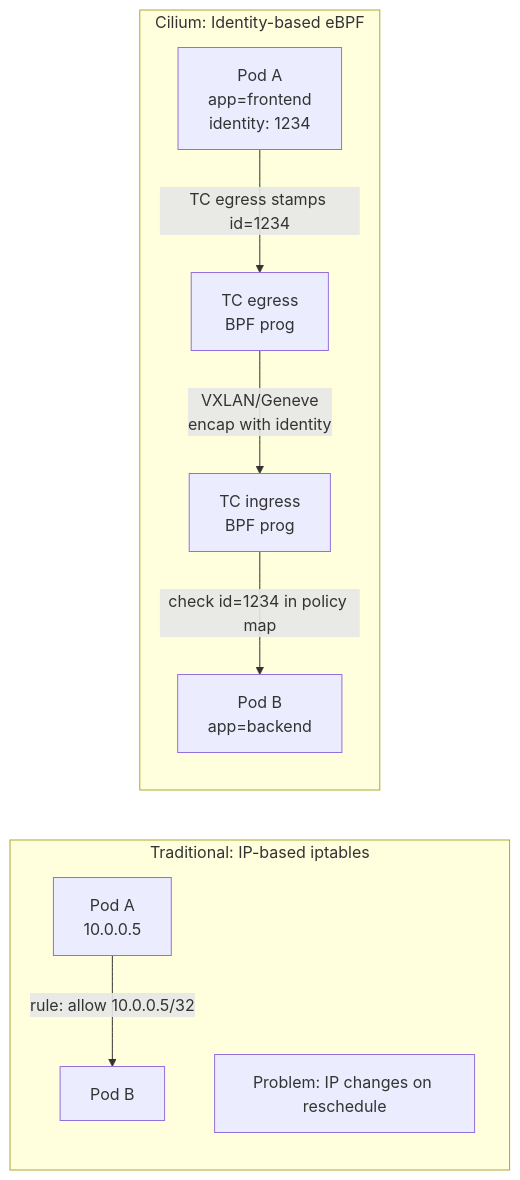
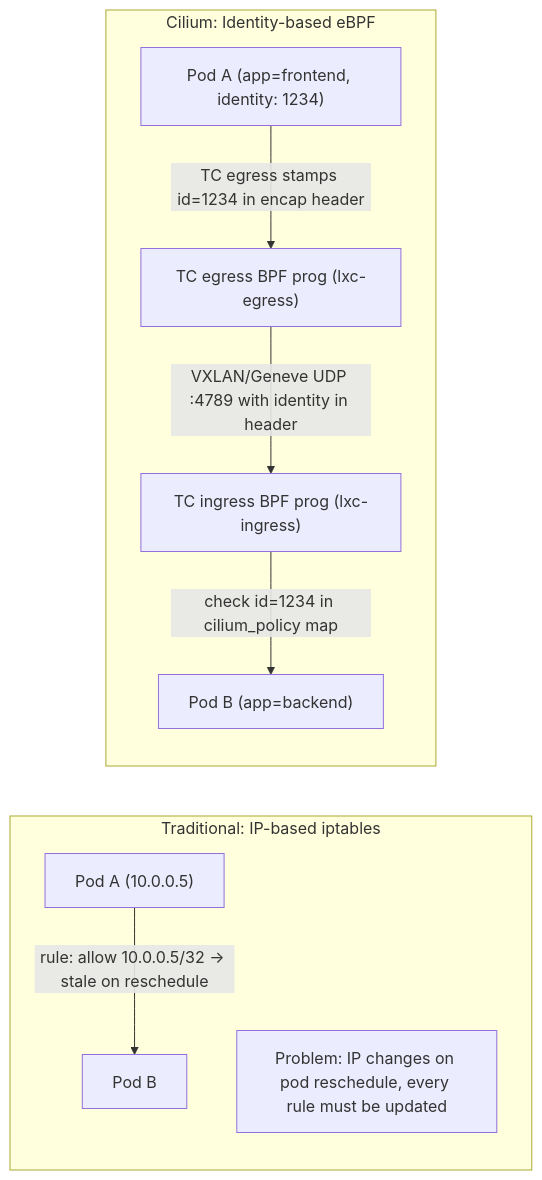
One commit to MykolaLebid/Kubernetes_networking_engineering changed the second of 4 diagrams in lessons/12-cilium-cni-ebpf.md. Above: the diagram before and after it, drawn with Mermaid. The commit also changed other lines of this file and 35 other files, not shown here.

First line of the commit message:
Restructure all 34 lessons: Theory/Practice split, richer diagrams, industry examples, navigation

````diff
--- a/lessons/12-cilium-cni-ebpf.md
+++ b/lessons/12-cilium-cni-ebpf.md
@@ -58,12 +50,12 @@
 ```mermaid
 flowchart LR
     subgraph Traditional["Traditional: IP-based iptables"]
-        PA1[Pod A\n10.0.0.5] -->|rule: allow 10.0.0.5/32| PB1[Pod B]
-        note1["Problem: IP changes on reschedule"]
+        PA1["Pod A (10.0.0.5)"] -->|"rule: allow 10.0.0.5/32 → stale on reschedule"| PB1["Pod B"]
+        note1["Problem: IP changes on pod reschedule, every rule must be updated"]
     end
     subgraph Cilium["Cilium: Identity-based eBPF"]
-        PA2[Pod A\napp=frontend\nidentity: 1234] -->|TC egress stamps id=1234| TC1[TC egress\nBPF prog]
-        TC1 -->|VXLAN/Geneve\nencap with identity| TC2[TC ingress\nBPF prog]
-        TC2 -->|check id=1234 in policy map| PB2[Pod B\napp=backend]
+        PA2["Pod A (app=frontend, identity: 1234)"] -->|"TC egress stamps id=1234 in encap header"| TC1["TC egress BPF prog (lxc-egress)"]
+        TC1 -->|"VXLAN/Geneve UDP :4789 with identity in header"| TC2["TC ingress BPF prog (lxc-ingress)"]
+        TC2 -->|"check id=1234 in cilium_policy map"| PB2["Pod B (app=backend)"]
     end
 ```
````
